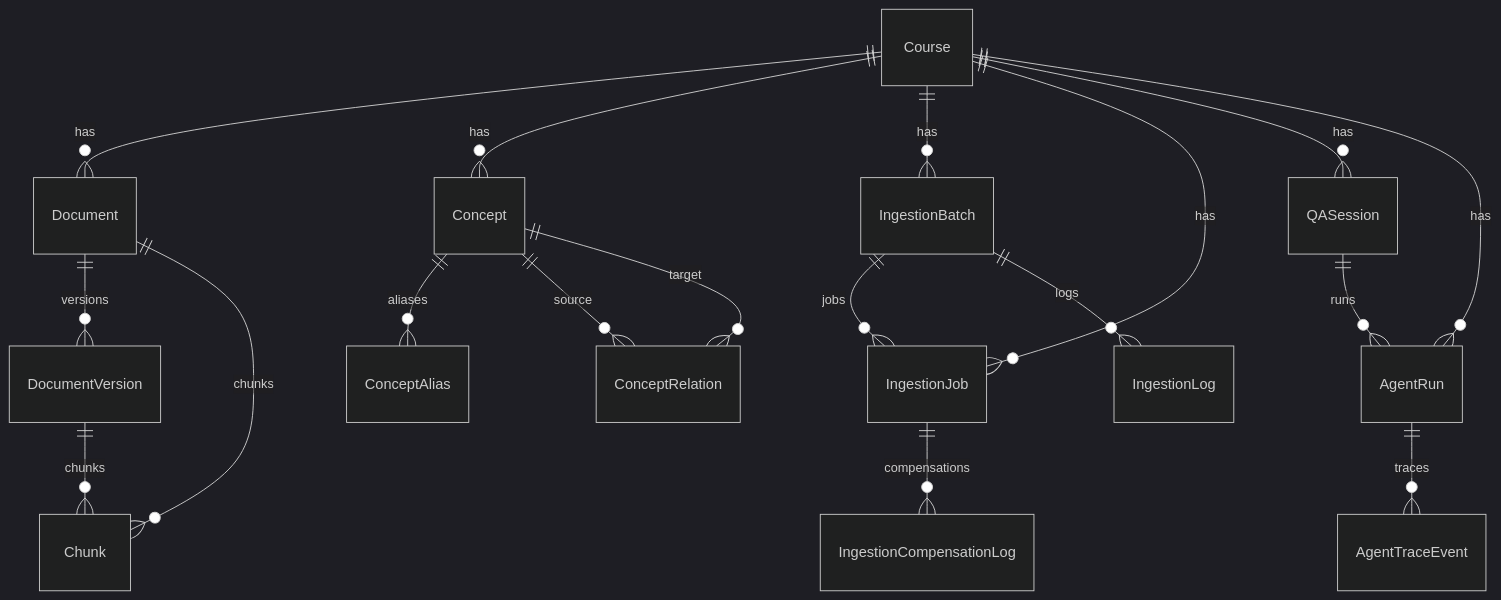
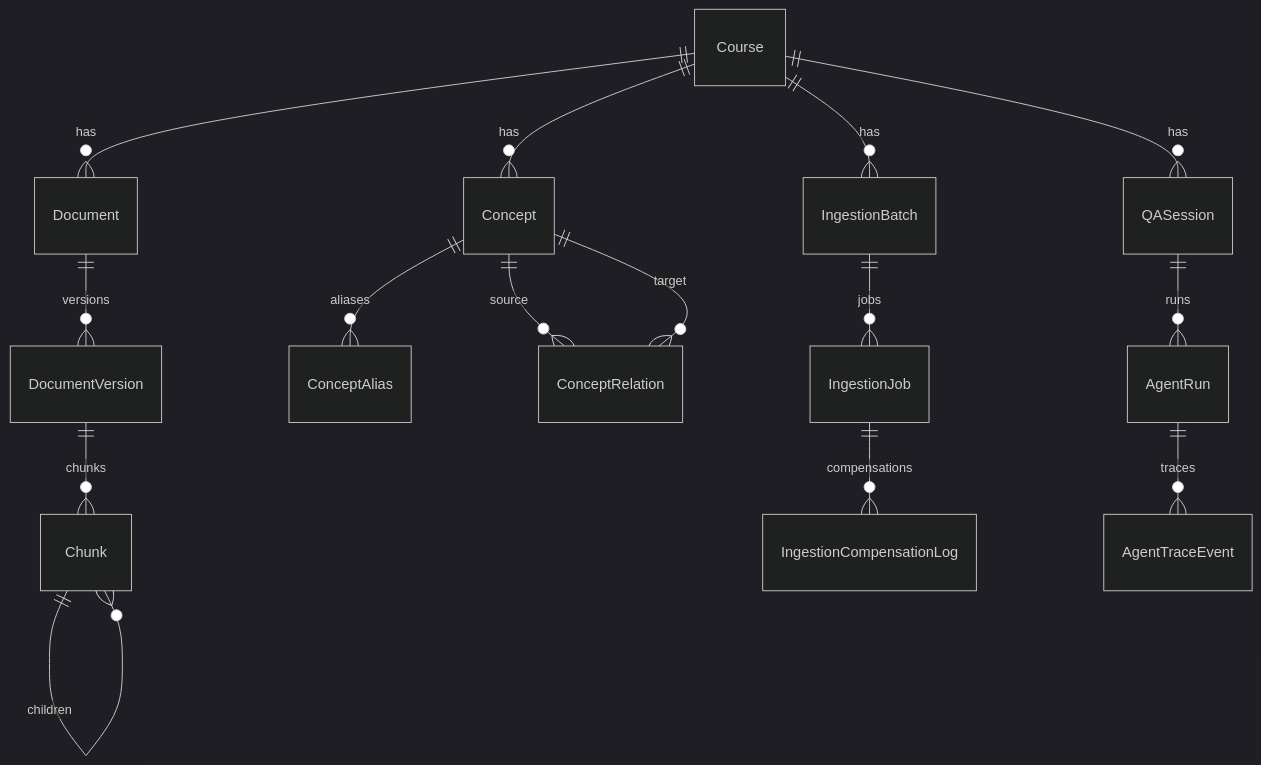
Before and after one commit to Sggggt/DialoGraph: the fourth of 5 diagrams in README.md, drawn with Mermaid (dark theme). The commit also changed other lines of this file and 44 other files, not shown here.

````diff
--- a/README.md
+++ b/README.md
@@ -78,20 +197,17 @@
 ```mermaid
 erDiagram
     Course ||--o{ Document : has
     Course ||--o{ Concept : has
     Course ||--o{ IngestionBatch : has
-    Course ||--o{ IngestionJob : has
     Course ||--o{ QASession : has
-    Course ||--o{ AgentRun : has
     Document ||--o{ DocumentVersion : versions
-    Document ||--o{ Chunk : chunks
     DocumentVersion ||--o{ Chunk : chunks
+    Chunk ||--o{ Chunk : children
     Concept ||--o{ ConceptAlias : aliases
     Concept ||--o{ ConceptRelation : source
     Concept ||--o{ ConceptRelation : target
     IngestionBatch ||--o{ IngestionJob : jobs
-    IngestionBatch ||--o{ IngestionLog : logs
     IngestionJob ||--o{ IngestionCompensationLog : compensations
     QASession ||--o{ AgentRun : runs
     AgentRun ||--o{ AgentTraceEvent : traces
 ```
````
